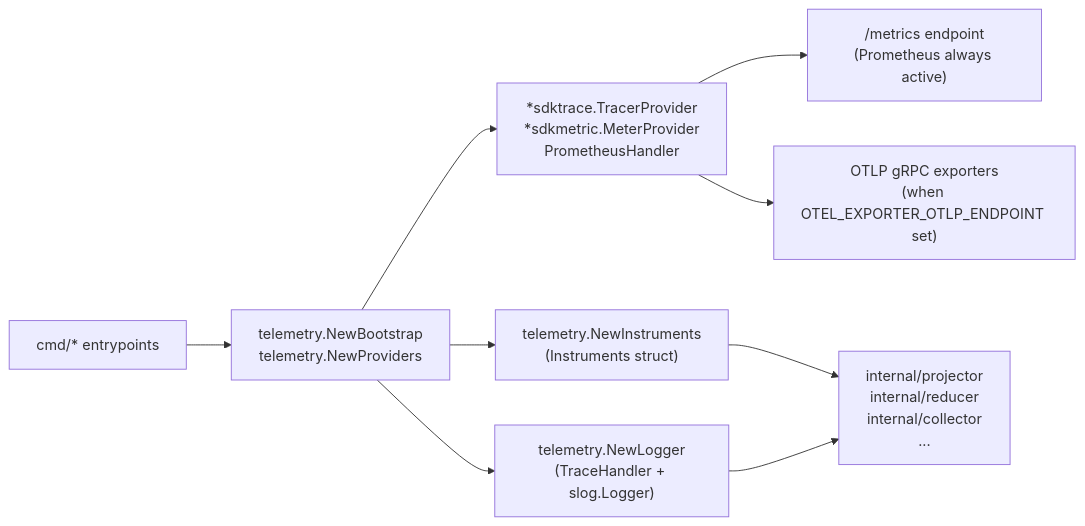
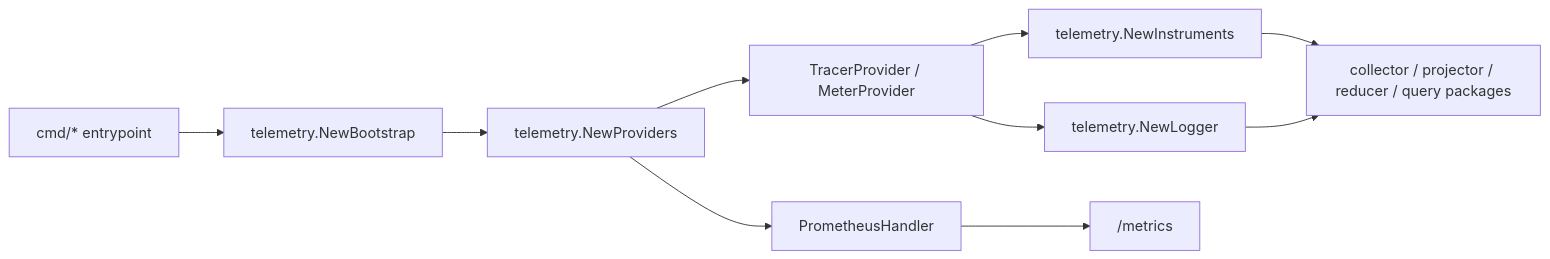
One commit to eshu-hq/eshu changed the diagram in go/internal/telemetry/README.md. Above: the diagram before and after it, drawn with Mermaid. The commit also changed other lines of this file and 3 other files, not shown here.

````diff
--- a/go/internal/telemetry/README.md
+++ b/go/internal/telemetry/README.md
@@ -26,11 +29,12 @@
 ```mermaid
 flowchart LR
-  A["cmd/* entrypoints"] --> B["telemetry.NewBootstrap\ntelemetry.NewProviders"]
-  B --> C["*sdktrace.TracerProvider\n*sdkmetric.MeterProvider\nPrometheusHandler"]
-  B --> D["telemetry.NewInstruments\n(Instruments struct)"]
-  B --> E["telemetry.NewLogger\n(TraceHandler + slog.Logger)"]
-  D --> F["internal/projector\ninternal/reducer\ninternal/collector\n..."]
-  E --> F
-  C --> G["/metrics endpoint\n(Prometheus always active)"]
-  C --> H["OTLP gRPC exporters\n(when OTEL_EXPORTER_OTLP_ENDPOINT set)"]
+  A["cmd/* entrypoint"] --> B["telemetry.NewBootstrap"]
+  B --> C["telemetry.NewProviders"]
+  C --> D["TracerProvider / MeterProvider"]
+  C --> E["PrometheusHandler"]
+  D --> F["telemetry.NewInstruments"]
+  D --> G["telemetry.NewLogger"]
+  F --> H["collector / projector / reducer / query packages"]
+  G --> H
+  E --> I["/metrics"]
 ```
````
